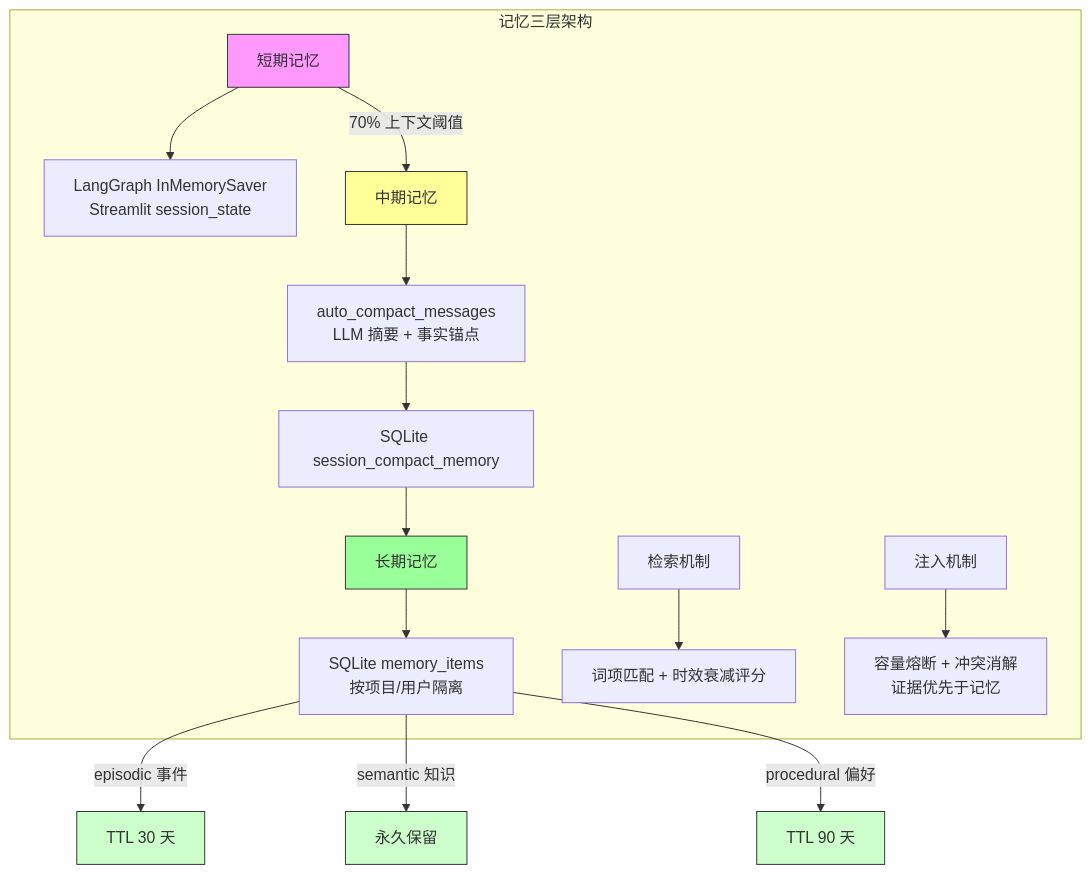
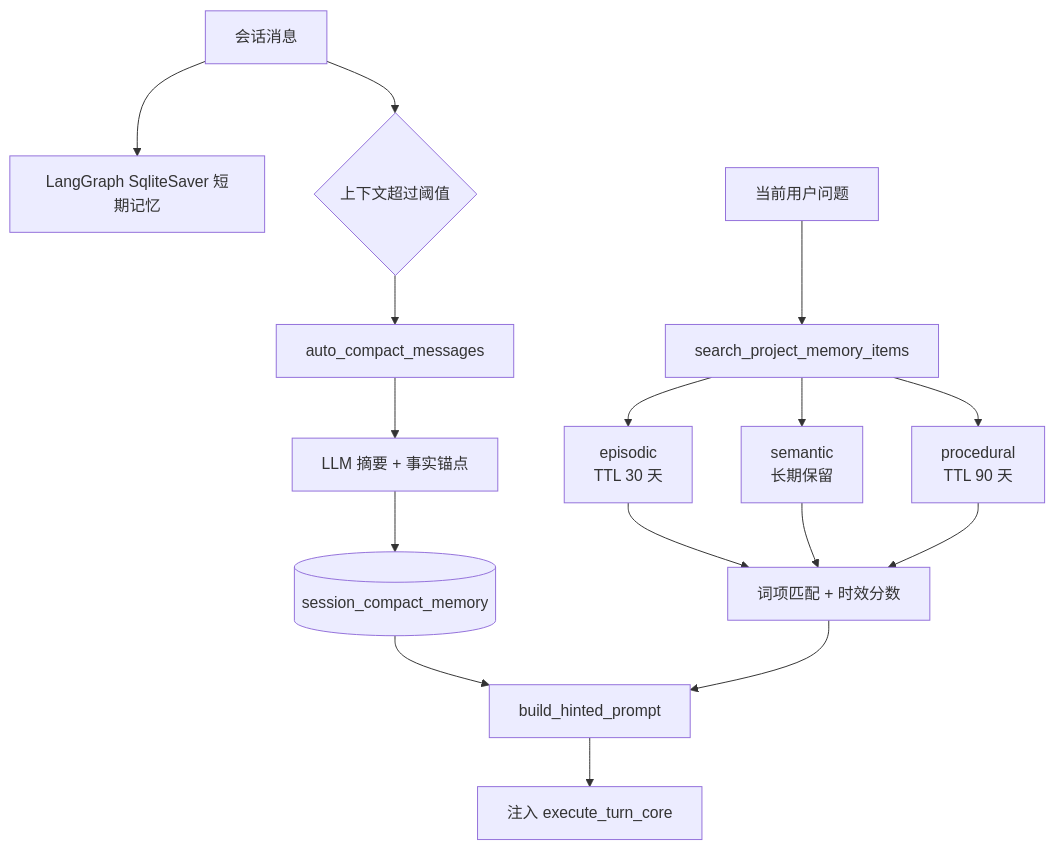
The third of 3 diagrams in README.md (0verL1nk/PaperSage), drawn with Mermaid before and after one commit. The commit also changed other lines of this file and 1 other file, not shown here.

````diff
--- a/README.md
+++ b/README.md
@@ -145,27 +147,18 @@
 ```mermaid
 flowchart TB
-    subgraph 记忆三层架构
-        A[短期记忆] --> B[LangGraph InMemorySaver<br/>Streamlit session_state]
-        
-        A -->|70% 上下文阈值| C[中期记忆]
-        C --> D[auto_compact_messages<br/>LLM 摘要 + 事实锚点]
-        D --> E[SQLite session_compact_memory]
-        
-        E --> F[长期记忆]
-        F --> G[SQLite memory_items<br/>按项目/用户隔离]
-        
-        H[检索机制] --> I[词项匹配 + 时效衰减评分]
-        J[注入机制] --> K[容量熔断 + 冲突消解<br/>证据优先于记忆]
-    end
-    
-    G -->|episodic 事件| L[TTL 30 天]
-    G -->|semantic 知识| M[永久保留]
-    G -->|procedural 偏好| N[TTL 90 天]
-    
-    style A fill:#f9f,stroke:#333
-    style C fill:#ff9,stroke:#333
-    style F fill:#9f9,stroke:#333
-    style L fill:#cfc,stroke:#333
-    style M fill:#cfc,stroke:#333
-    style N fill:#cfc,stroke:#333
+    A[会话消息] --> B[LangGraph SqliteSaver 短期记忆]
+    A --> C{上下文超过阈值}
+    C --> D[auto_compact_messages]
+    D --> E[LLM 摘要 + 事实锚点]
+    E --> F[(session_compact_memory)]
+    G[当前用户问题] --> H[search_project_memory_items]
+    H --> I[episodic<br/>TTL 30 天]
+    H --> J[semantic<br/>长期保留]
+    H --> K[procedural<br/>TTL 90 天]
+    I --> L[词项匹配 + 时效分数]
+    J --> L
+    K --> L
+    F --> M[build_hinted_prompt]
+    L --> M
+    M --> N[注入 execute_turn_core]
 ```
````
